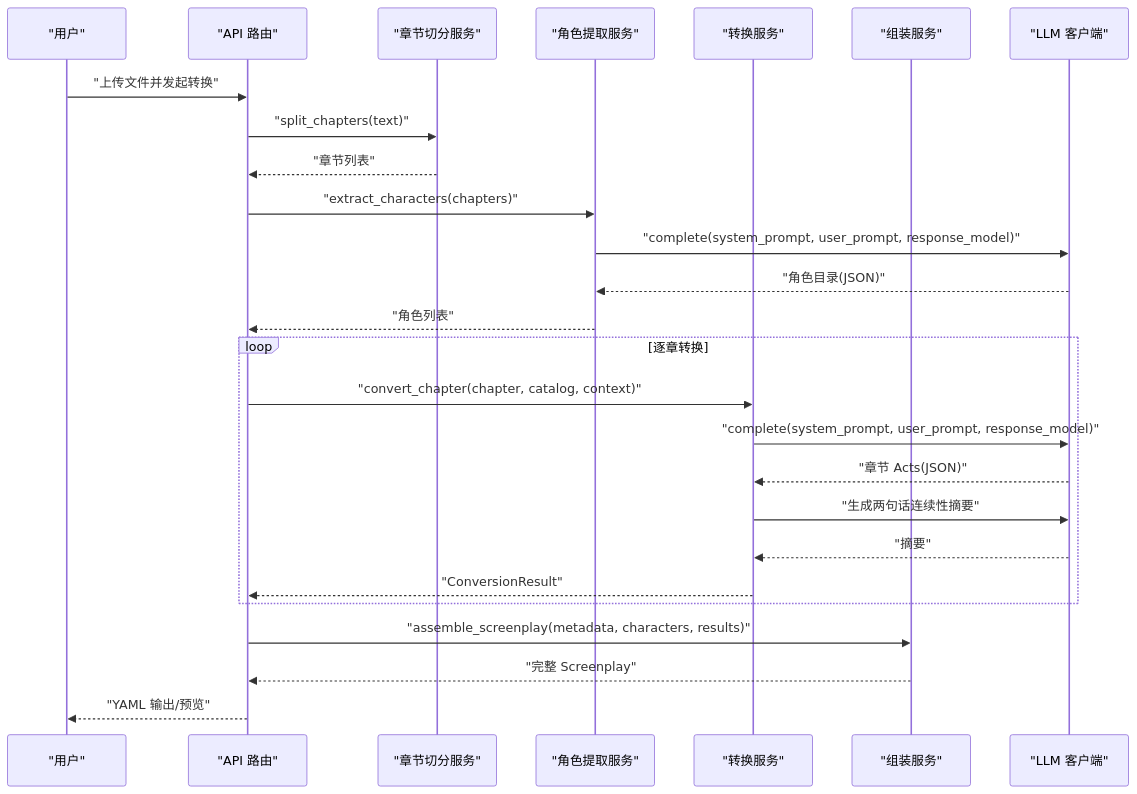
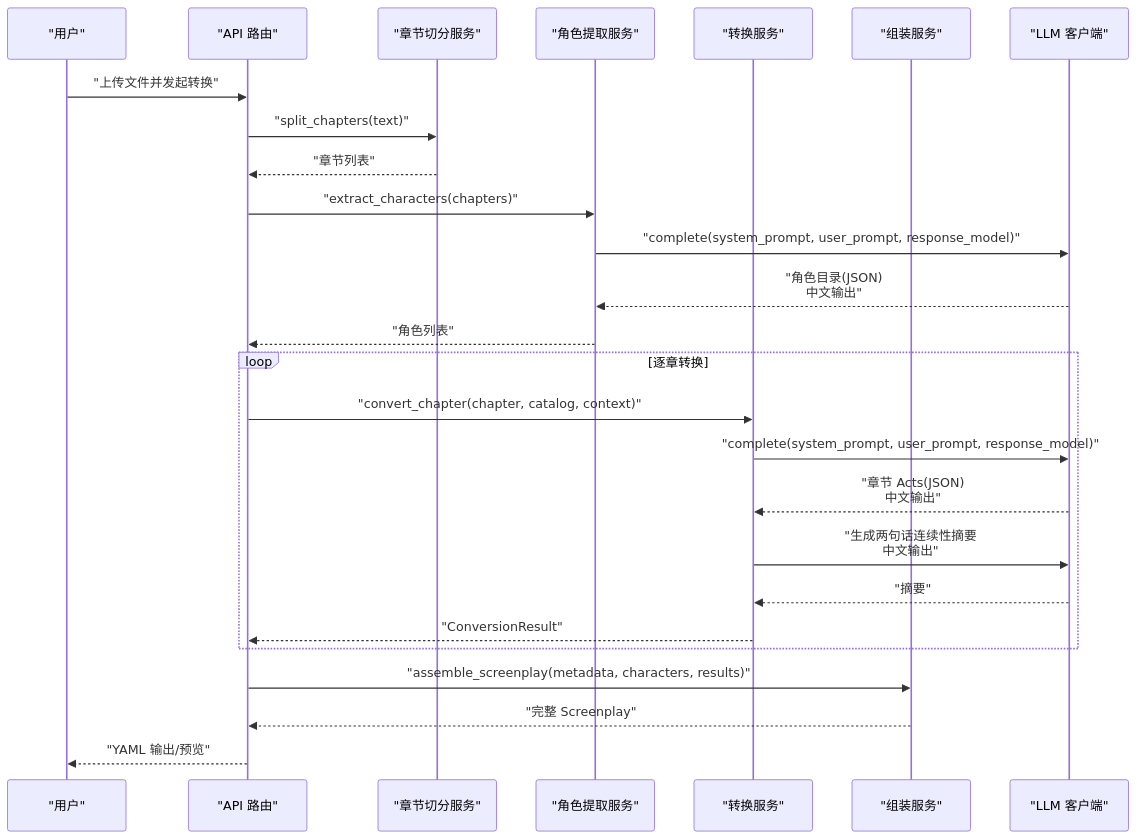
The second of 8 diagrams in .qoder/repowiki/zh/content/LLM集成/提示工程设计.md (tjujingzong/Novel-to-Screenplay), drawn with Mermaid before and after one commit. The commit also changed other lines of this file and 21 other files, not shown here.

````diff
--- a/.qoder/repowiki/zh/content/LLM集成/提示工程设计.md
+++ b/.qoder/repowiki/zh/content/LLM集成/提示工程设计.md
@@ -136,28 +140,28 @@
 ```mermaid
 sequenceDiagram
 participant U as "用户"
 participant API as "API 路由"
 participant CS as "章节切分服务"
 participant CE as "角色提取服务"
 participant CV as "转换服务"
 participant AS as "组装服务"
 participant CL as "LLM 客户端"
 U->>API : "上传文件并发起转换"
 API->>CS : "split_chapters(text)"
 CS-->>API : "章节列表"
 API->>CE : "extract_characters(chapters)"
 CE->>CL : "complete(system_prompt, user_prompt, response_model)"
-CL-->>CE : "角色目录(JSON)"
+CL-->>CE : "角色目录(JSON)<br/>中文输出"
 CE-->>API : "角色列表"
 loop 逐章转换
 API->>CV : "convert_chapter(chapter, catalog, context)"
 CV->>CL : "complete(system_prompt, user_prompt, response_model)"
-CL-->>CV : "章节 Acts(JSON)"
-CV->>CL : "生成两句话连续性摘要"
+CL-->>CV : "章节 Acts(JSON)<br/>中文输出"
+CV->>CL : "生成两句话连续性摘要<br/>中文输出"
 CL-->>CV : "摘要"
 CV-->>API : "ConversionResult"
 end
 API->>AS : "assemble_screenplay(metadata, characters, results)"
 AS-->>API : "完整 Screenplay"
 API-->>U : "YAML 输出/预览"
 ```
````
